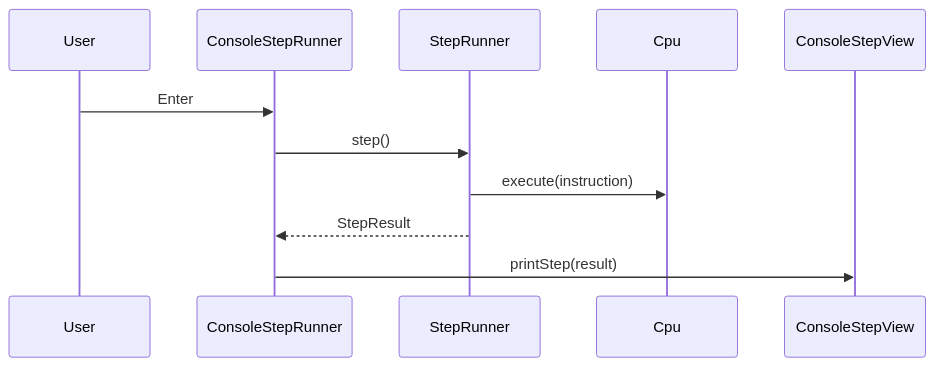
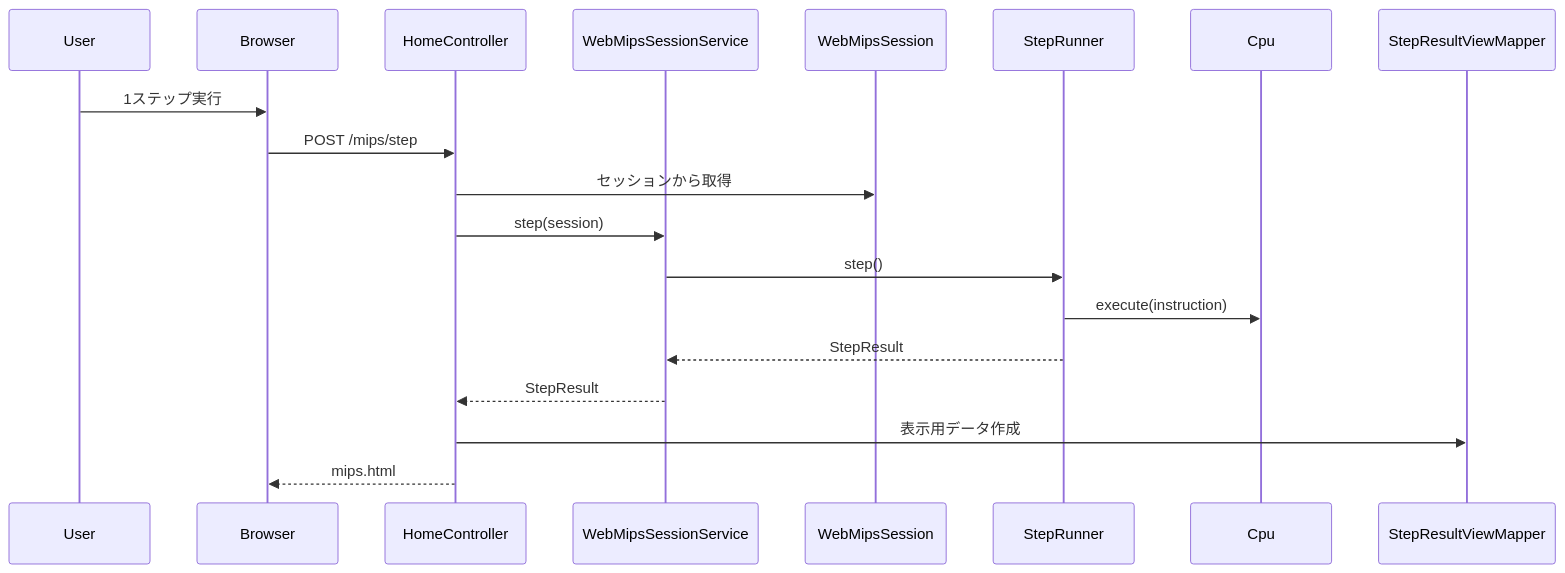
One commit to mkunori/MipsStepLab changed the second of 3 diagrams in README.md. Above: the diagram before and after it, drawn with Mermaid. The commit also changed other lines of this file, not shown here.

````diff
--- a/README.md
+++ b/README.md
@@ -172,15 +272,23 @@
 ```mermaid
 sequenceDiagram
 
 participant User
-participant ConsoleStepRunner
+participant Browser
+participant HomeController
+participant WebMipsSessionService
+participant WebMipsSession
 participant StepRunner
 participant Cpu
-participant ConsoleStepView
+participant StepResultViewMapper
 
-User ->> ConsoleStepRunner : Enter
-ConsoleStepRunner ->> StepRunner : step()
+User ->> Browser : 1ステップ実行
+Browser ->> HomeController : POST /mips/step
+HomeController ->> WebMipsSession : セッションから取得
+HomeController ->> WebMipsSessionService : step(session)
+WebMipsSessionService ->> StepRunner : step()
 StepRunner ->> Cpu : execute(instruction)
-StepRunner -->> ConsoleStepRunner : StepResult
-ConsoleStepRunner ->> ConsoleStepView : printStep(result)
+StepRunner -->> WebMipsSessionService : StepResult
+WebMipsSessionService -->> HomeController : StepResult
+HomeController ->> StepResultViewMapper : 表示用データ作成
+HomeController -->> Browser : mips.html
 ```
````
